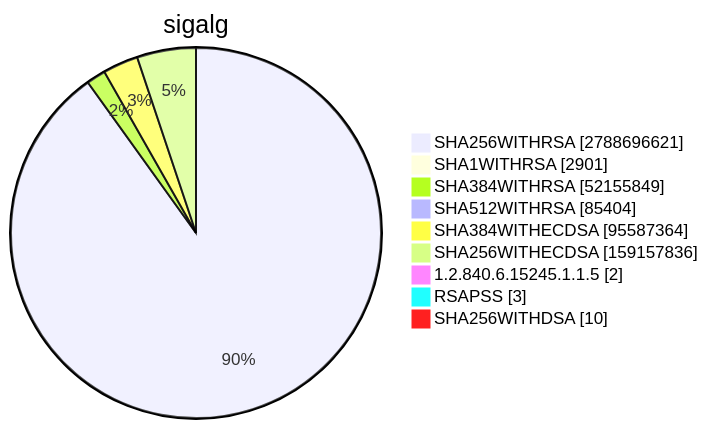
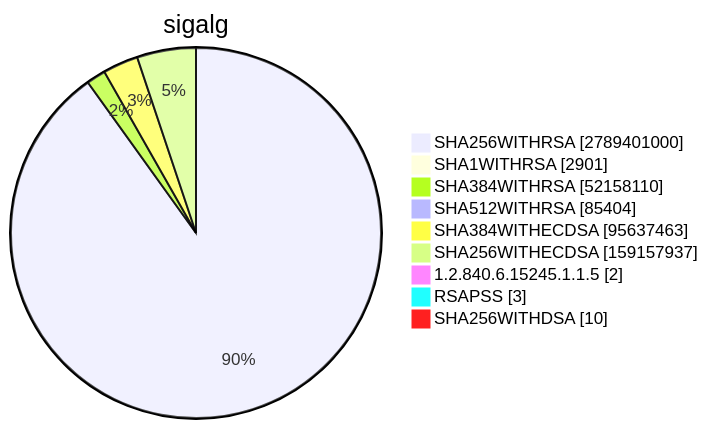
One commit to christiankrug/ctmonitor_visualization changed diagram 15 of 15 in TOTAL/README.md. Above: the diagram before and after it, drawn with Mermaid. The commit also changed other lines of this file, not shown here.

````diff
--- a/TOTAL/README.md
+++ b/TOTAL/README.md
@@ -6205,13 +6205,13 @@
 ```mermaid
 pie showData
 title sigalg
-"SHA256WITHRSA" :2788696621
+"SHA256WITHRSA" :2789401000
 "SHA1WITHRSA" :2901
-"SHA384WITHRSA" :52155849
+"SHA384WITHRSA" :52158110
 "SHA512WITHRSA" :85404
-"SHA384WITHECDSA" :95587364
-"SHA256WITHECDSA" :159157836
+"SHA384WITHECDSA" :95637463
+"SHA256WITHECDSA" :159157937
 "1.2.840.6.15245.1.1.5" :2
 "RSAPSS" :3
 "SHA256WITHDSA" :10
 ```
````
